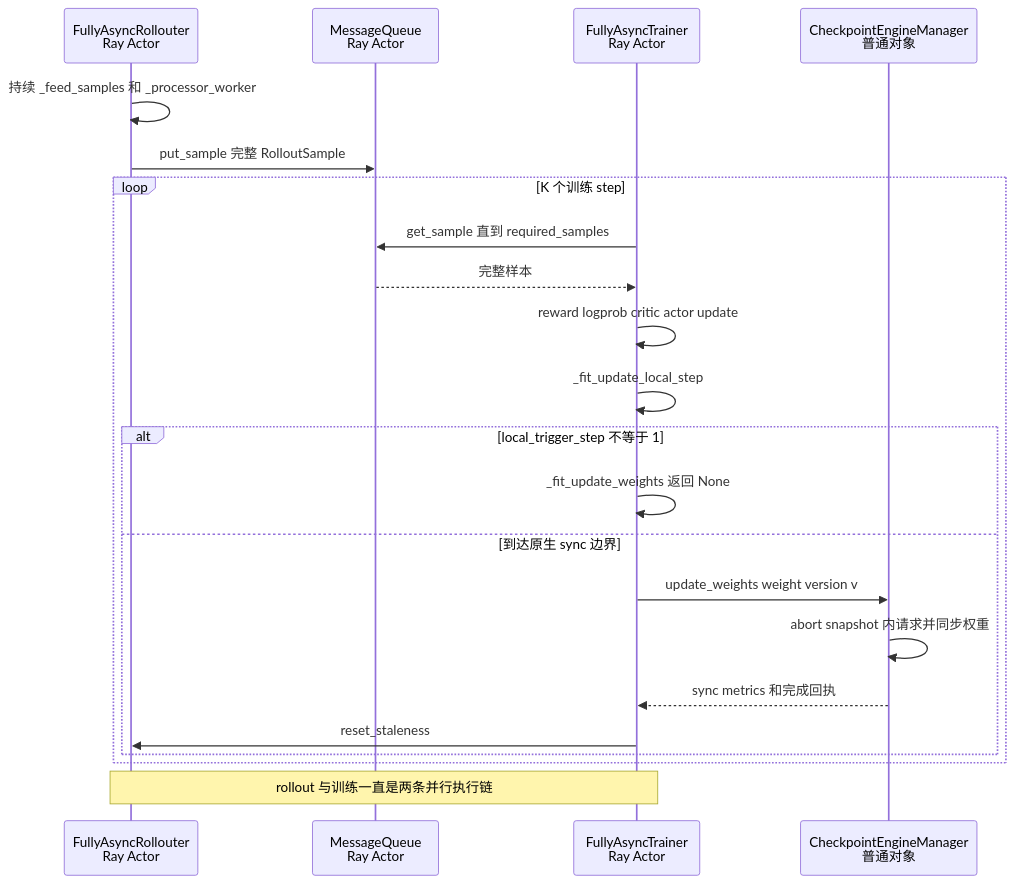
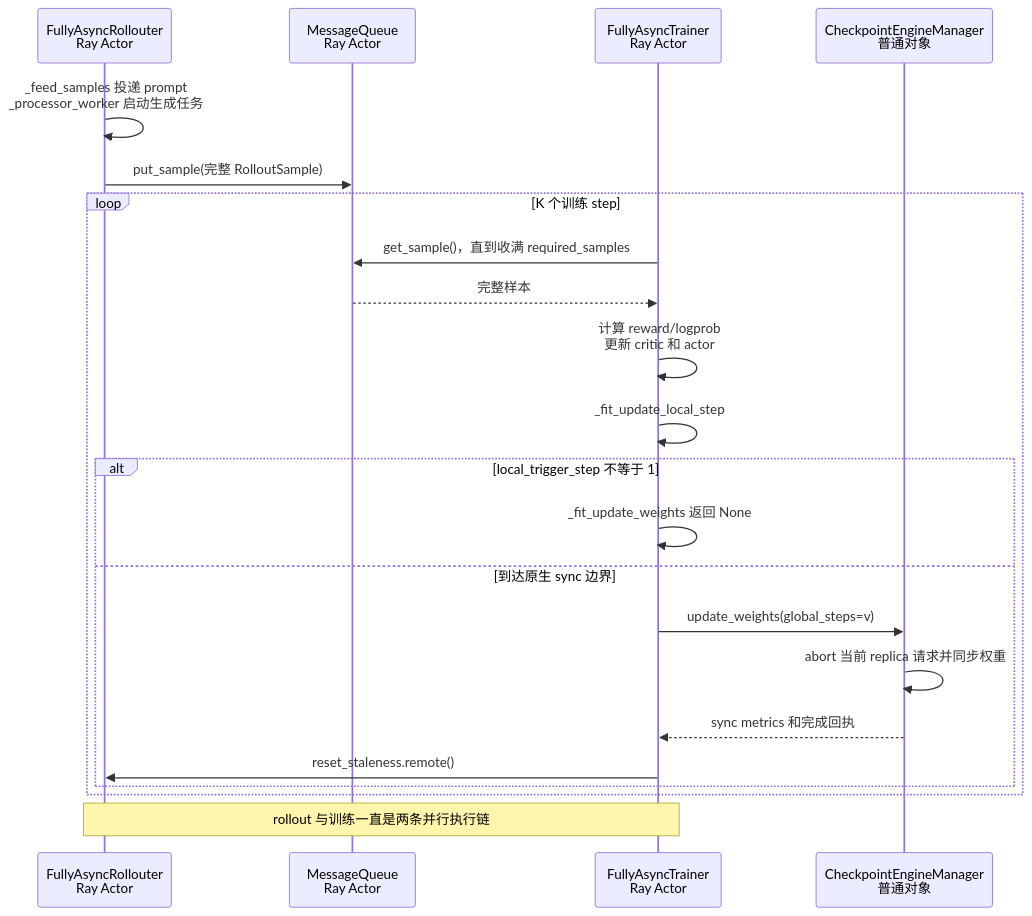
One commit to niuypei/multi_task_verl changed the third of 11 diagrams in multi_task_scheduler/references/17-verl-v0.9-dynamic-replica-scaling-timing-and-mutual-exclusion.md. Above: the diagram before and after it, drawn with Mermaid. The commit also changed other lines of this file and 2 other files, not shown here.

Commit message:
docs: simplify standalone replica synchronization

````diff
--- a/multi_task_scheduler/references/17-verl-v0.9-dynamic-replica-scaling-timing-and-mutual-exclusion.md
+++ b/multi_task_scheduler/references/17-verl-v0.9-dynamic-replica-scaling-timing-and-mutual-exclusion.md
@@ -304,25 +460,25 @@
 ```mermaid
 sequenceDiagram
     participant FAR as FullyAsyncRollouter<br/>Ray Actor
     participant MQ as MessageQueue<br/>Ray Actor
     participant FAT as FullyAsyncTrainer<br/>Ray Actor
     participant CE as CheckpointEngineManager<br/>普通对象
 
-    FAR->>FAR: 持续 _feed_samples 和 _processor_worker
-    FAR->>MQ: put_sample 完整 RolloutSample
+    FAR->>FAR: _feed_samples 投递 prompt<br/>_processor_worker 启动生成任务
+    FAR->>MQ: put_sample(完整 RolloutSample)
     loop K 个训练 step
-        FAT->>MQ: get_sample 直到 required_samples
+        FAT->>MQ: get_sample()，直到收满 required_samples
         MQ-->>FAT: 完整样本
-        FAT->>FAT: reward logprob critic actor update
+        FAT->>FAT: 计算 reward/logprob<br/>更新 critic 和 actor
         FAT->>FAT: _fit_update_local_step
         alt local_trigger_step 不等于 1
             FAT->>FAT: _fit_update_weights 返回 None
         else 到达原生 sync 边界
-            FAT->>CE: update_weights weight version v
-            CE->>CE: abort snapshot 内请求并同步权重
+            FAT->>CE: update_weights(global_steps=v)
+            CE->>CE: abort 当前 replica 请求并同步权重
             CE-->>FAT: sync metrics 和完成回执
-            FAT->>FAR: reset_staleness
+            FAT->>FAR: reset_staleness.remote()
         end
     end
     Note over FAR,FAT: rollout 与训练一直是两条并行执行链
 ```
````
